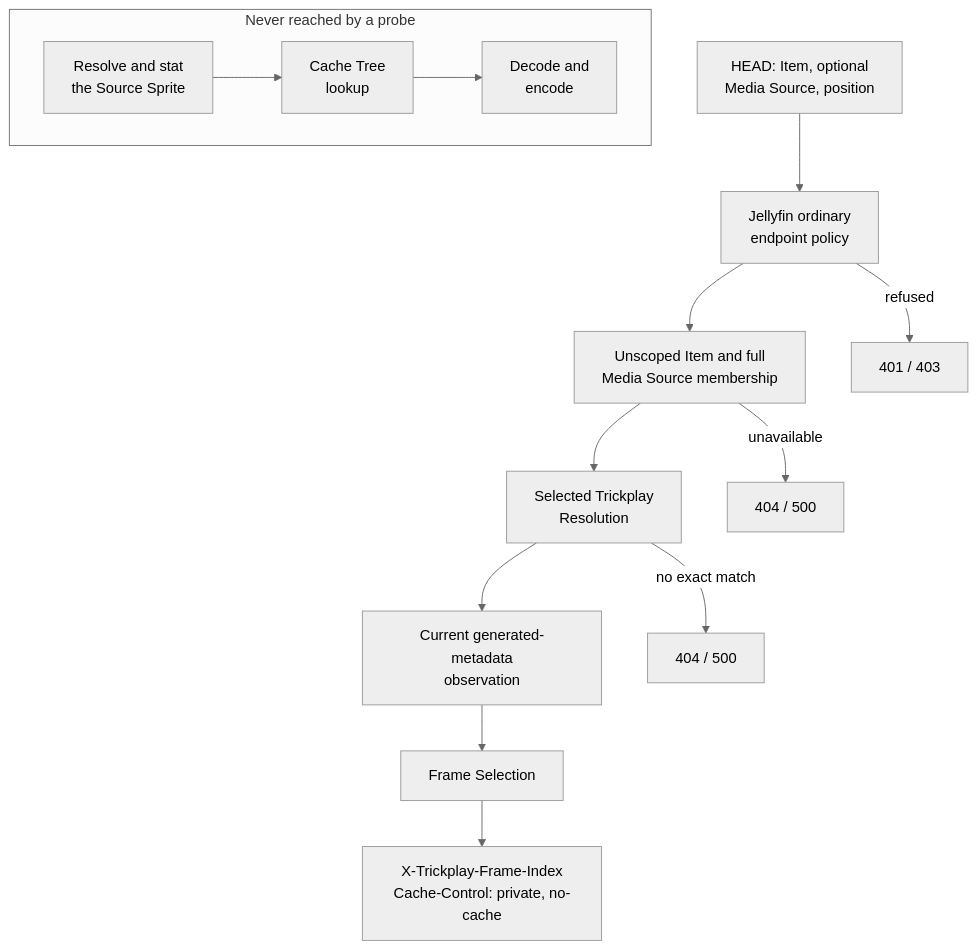
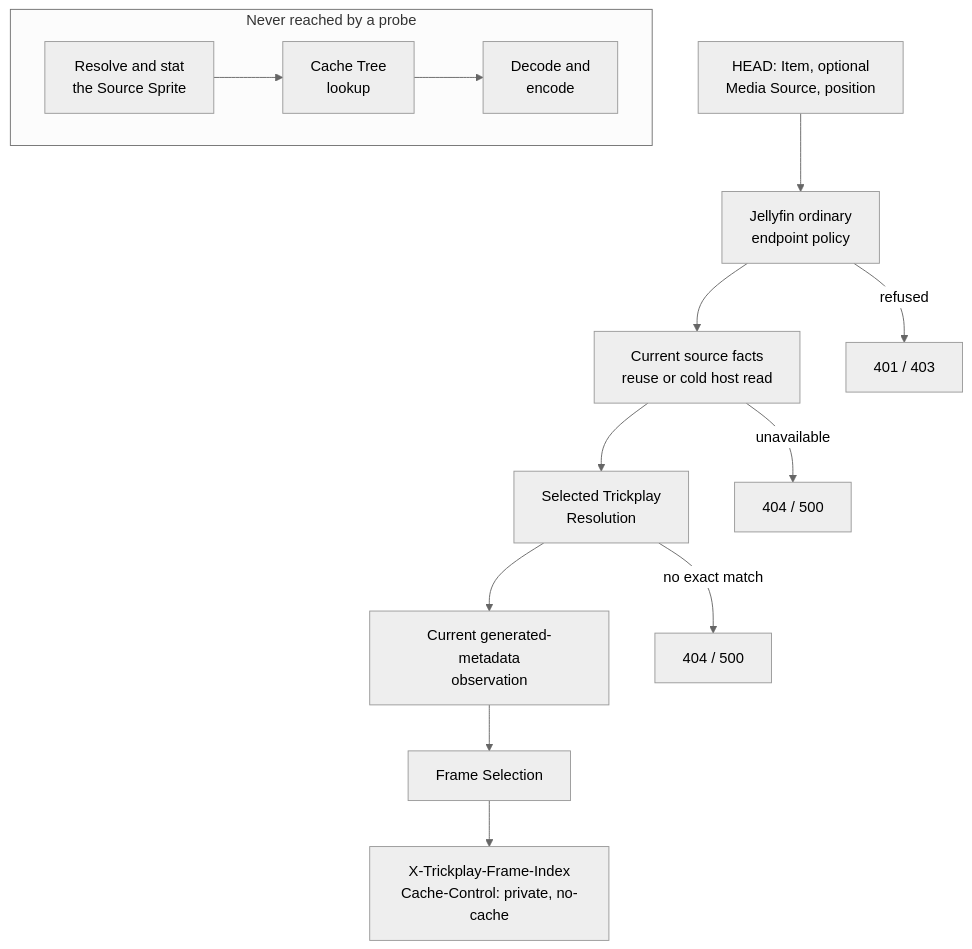
One commit to xiakeng/trickplay-cropper changed the diagram in docs/business/lifecycle/frame-probe.md. Above: the diagram before and after it, drawn with Mermaid (neutral theme). The commit also changed other lines of this file and 20 other files, not shown here.

First line of the commit message:
Cache source facts for the warm Trickplay Frame Probe (#98)

````diff
--- a/docs/business/lifecycle/frame-probe.md
+++ b/docs/business/lifecycle/frame-probe.md
@@ -77,21 +81,21 @@
 ```mermaid
 flowchart TD
     In["HEAD: Item, optional<br/>Media Source, position"] --> Policy["Jellyfin ordinary<br/>endpoint policy"]
-    Policy --> Source["Unscoped Item and full<br/>Media Source membership"]
+    Policy --> Source["Current source facts<br/>reuse or cold host read"]
     Source --> Res["Selected Trickplay<br/>Resolution"]
     Res --> Metadata["Current generated-metadata<br/>observation"]
     Metadata --> Sel["Frame Selection"]
     Sel --> Out["X-Trickplay-Frame-Index<br/>Cache-Control: private, no-cache"]
 
     Policy -->|"refused"| FailAuth["401 / 403"]
     Source -->|"unavailable"| FailSource["404 / 500"]
     Res -->|"no exact match"| FailRes["404 / 500"]
 
     subgraph Unreachable["Never reached by a probe"]
         direction LR
         Sprite["Resolve and stat<br/>the Source Sprite"]
         Tree["Cache Tree<br/>lookup"]
         Enc["Decode and<br/>encode"]
         Sprite --> Tree --> Enc
     end
 ```
````
